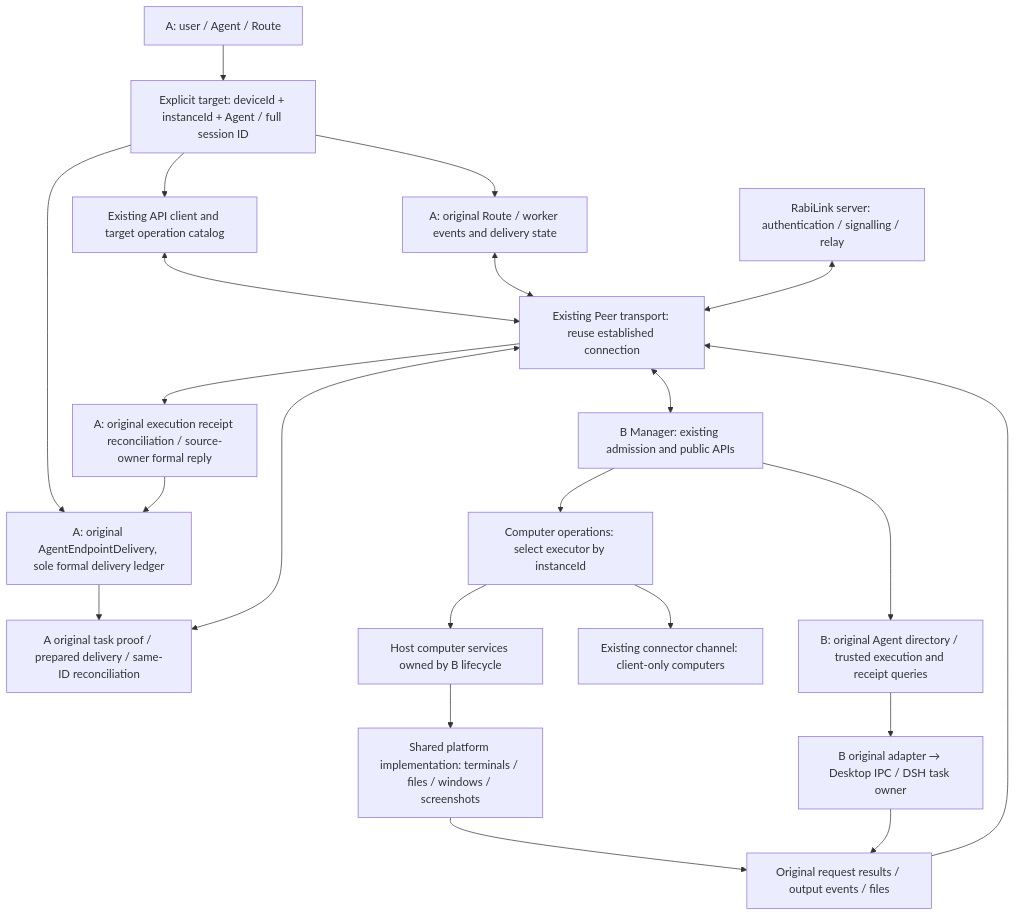
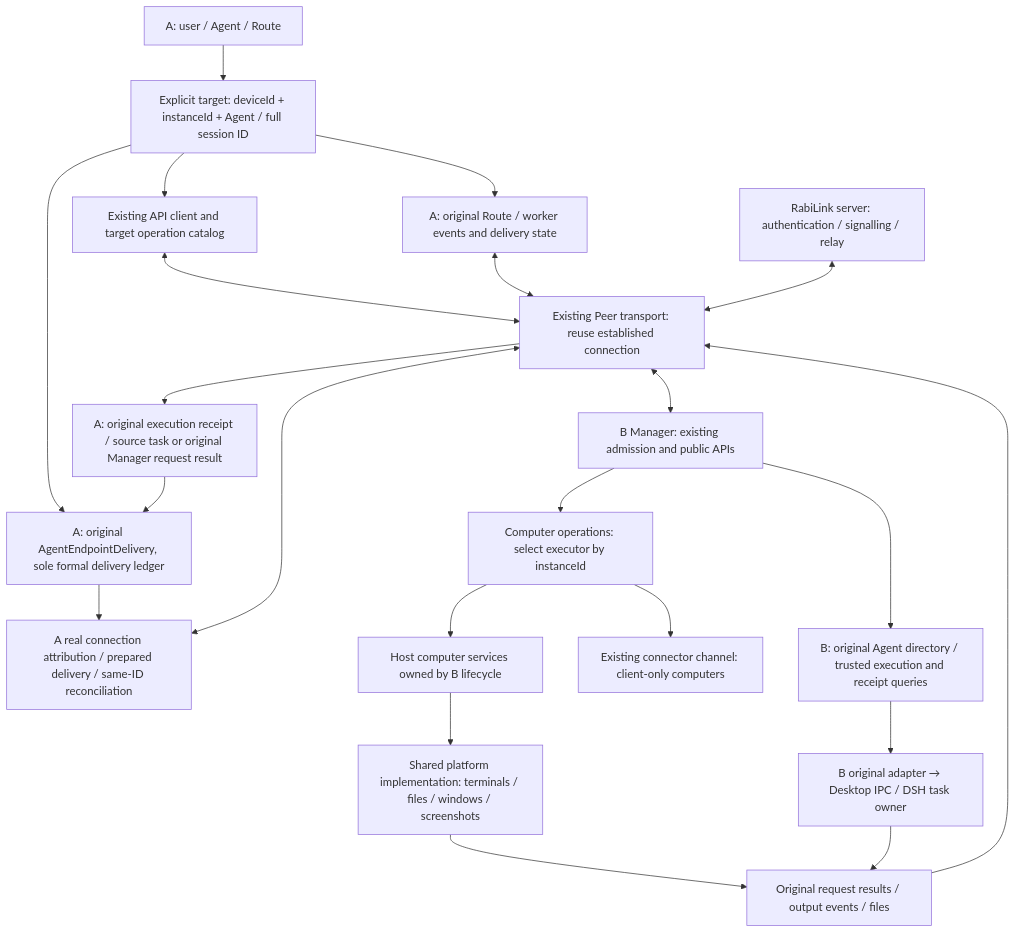
Before and after one commit to vb2250158/RabiRoute: the second of 2 diagrams in docs/connected-host-agent-architecture_en.md, drawn with Mermaid. The commit also changed other lines of this file and 457 other files, not shown here.

````diff
--- a/docs/connected-host-agent-architecture_en.md
+++ b/docs/connected-host-agent-architecture_en.md
@@ -48,24 +48,24 @@
 ```mermaid
 flowchart TB
   U["A: user / Agent / Route"] --> T["Explicit target: deviceId + instanceId + Agent / full session ID"]
   T --> AC["Existing API client and target operation catalog"]
   AC <--> P["Existing Peer transport: reuse established connection"]
   T --> AR["A: original Route / worker events and delivery state"]
   AR <--> P
   T --> AL["A: original AgentEndpointDelivery, sole formal delivery ledger"]
-  AL --> PROOF["A original task proof / prepared delivery / same-ID reconciliation"]
+  AL --> PROOF["A real connection attribution / prepared delivery / same-ID reconciliation"]
   PROOF <--> P
   R["RabiLink server: authentication / signalling / relay"] <--> P
   P <--> B["B Manager: existing admission and public APIs"]
   B --> CE["Computer operations: select executor by instanceId"]
   CE --> LC["Host computer services owned by B lifecycle"]
   CE --> RC["Existing connector channel: client-only computers"]
   LC --> OS["Shared platform implementation: terminals / files / windows / screenshots"]
   B --> DE["B: original Agent directory / trusted execution and receipt queries"]
   DE --> AO["B original adapter → Desktop IPC / DSH task owner"]
   OS --> RET["Original request results / output events / files"]
   AO --> RET
   RET --> P
-  P --> BACK["A: original execution receipt reconciliation / source-owner formal reply"]
+  P --> BACK["A: original execution receipt / source task or original Manager request result"]
   BACK --> AL
 ```
````
